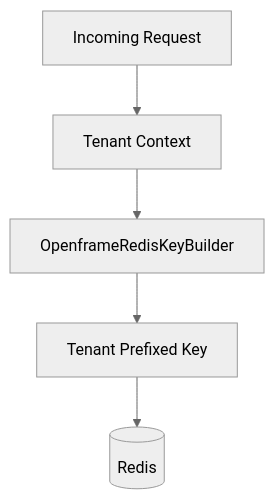
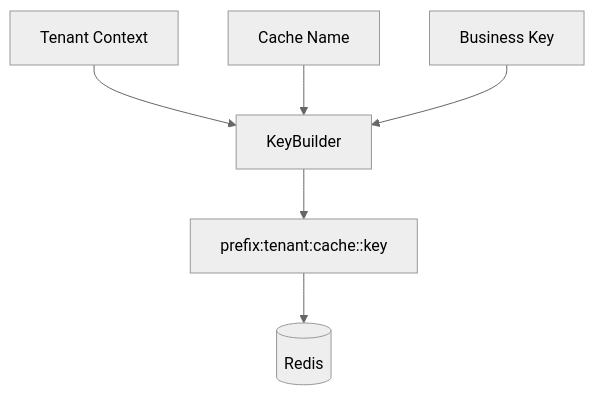
The fifth of 5 diagrams in docs/reference/architecture/data-redis-cache/data-redis-cache.md (flamingo-stack/openframe-oss-lib), drawn with Mermaid (neutral theme) before and after one commit. The commit also changed other lines of this file and 172 other files, not shown here.

````diff
--- a/docs/reference/architecture/data-redis-cache/data-redis-cache.md
+++ b/docs/reference/architecture/data-redis-cache/data-redis-cache.md
@@ -193,7 +214,8 @@
 ```mermaid
 flowchart TD
-    Request["Incoming Request"] --> TenantContext["Tenant Context"]
-    TenantContext --> KeyBuilderNode["OpenframeRedisKeyBuilder"]
-    KeyBuilderNode --> CacheKey["Tenant Prefixed Key"]
-    CacheKey --> Redis[("Redis")]
+    TenantContext["Tenant Context"] --> KeyBuilder
+    CacheName["Cache Name"] --> KeyBuilder
+    BusinessKey["Business Key"] --> KeyBuilder
+    KeyBuilder --> FinalKey["prefix:tenant:cache::key"]
+    FinalKey --> Redis[("Redis")]
 ```
````
